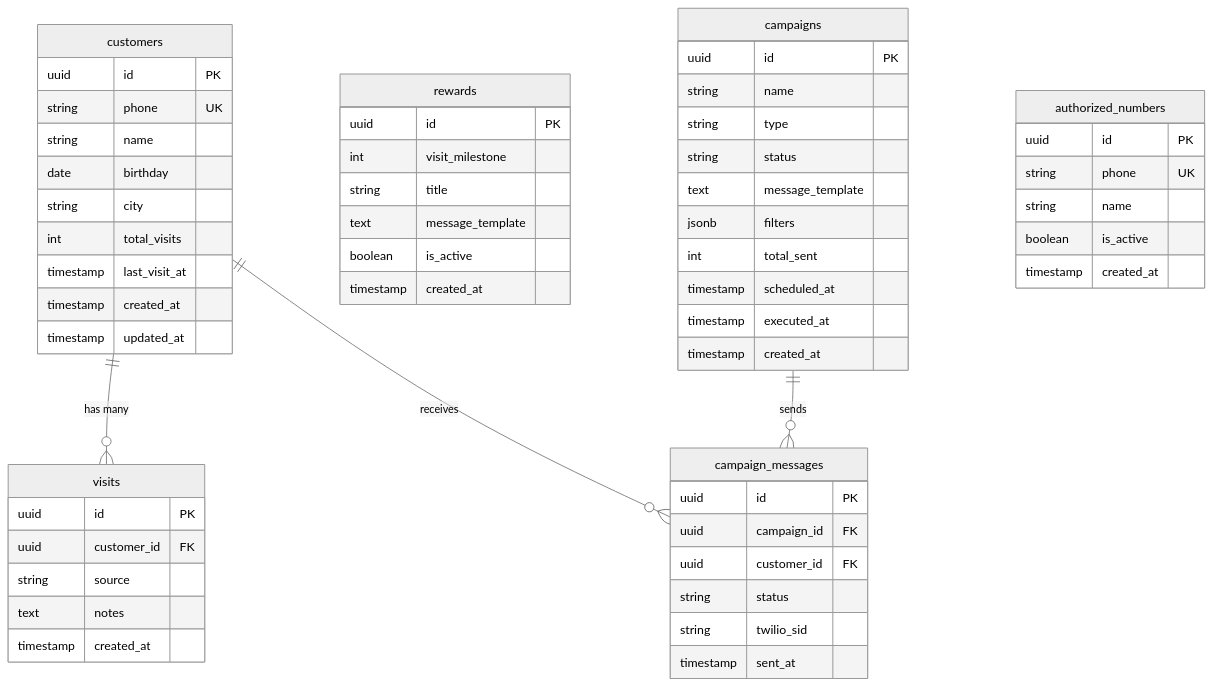
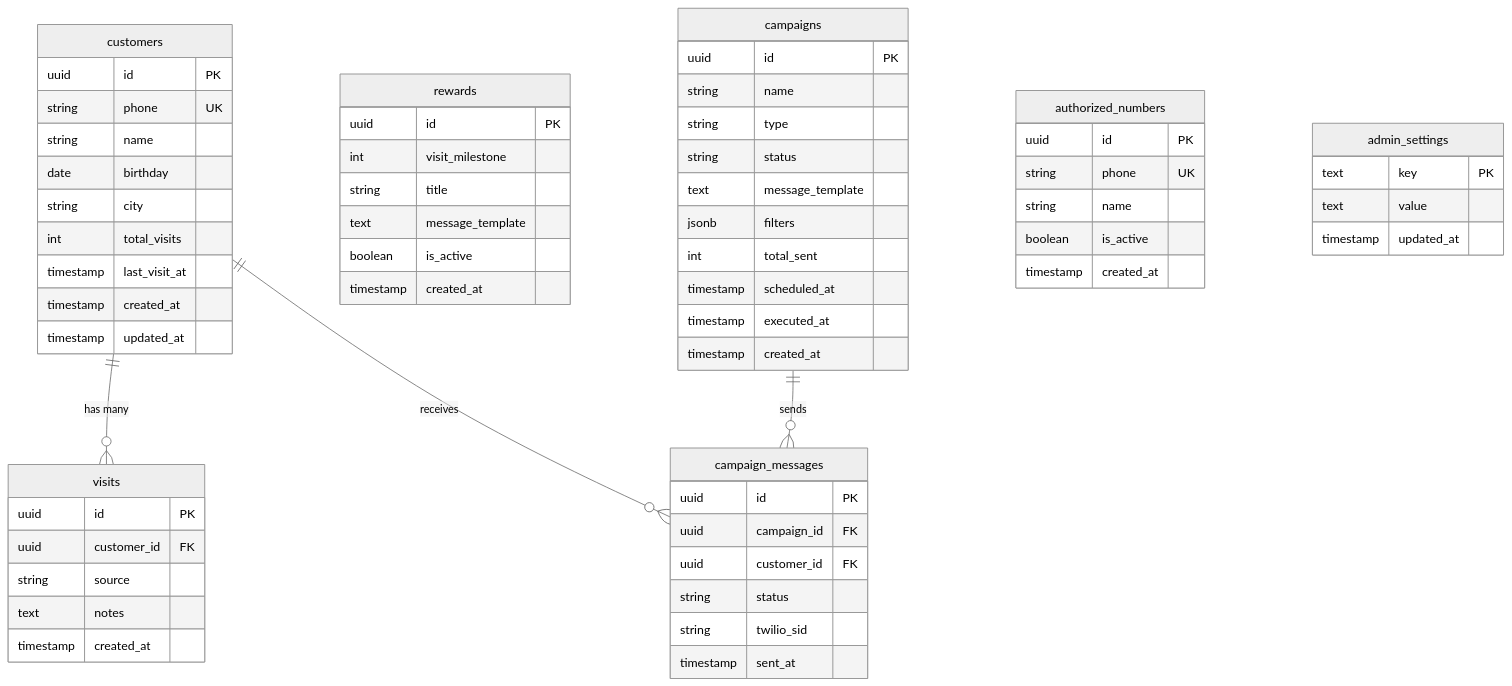
The diagram in docs/DB_SCHEMA.md (josemorenoso/SushiServiceFidelitySystem), drawn with Mermaid (neutral theme) before and after one commit. The commit also changed other lines of this file and 35 other files, not shown here.

````diff
--- a/docs/DB_SCHEMA.md
+++ b/docs/DB_SCHEMA.md
@@ -10,68 +10,74 @@
 ```mermaid
 erDiagram
     %% Actualizar con cada nueva tabla
     %% Incluir relaciones FK
     
     customers {
         uuid id PK
         string phone UK
         string name
         date birthday
         string city
         int total_visits
         timestamp last_visit_at
         timestamp created_at
         timestamp updated_at
     }
 
     visits {
         uuid id PK
         uuid customer_id FK
         string source
         text notes
         timestamp created_at
     }
 
     rewards {
         uuid id PK
         int visit_milestone
         string title
         text message_template
         boolean is_active
         timestamp created_at
     }
 
     campaigns {
         uuid id PK
         string name
         string type
         string status
         text message_template
         jsonb filters
         int total_sent
         timestamp scheduled_at
         timestamp executed_at
         timestamp created_at
     }
 
     campaign_messages {
         uuid id PK
         uuid campaign_id FK
         uuid customer_id FK
         string status
         string twilio_sid
         timestamp sent_at
     }
 
     authorized_numbers {
         uuid id PK
         string phone UK
         string name
         boolean is_active
         timestamp created_at
     }
 
+    admin_settings {
+        text key PK
+        text value
+        timestamp updated_at
+    }
+
     customers ||--o{ visits : "has many"
     customers ||--o{ campaign_messages : "receives"
     campaigns ||--o{ campaign_messages : "sends"
 ```
````
